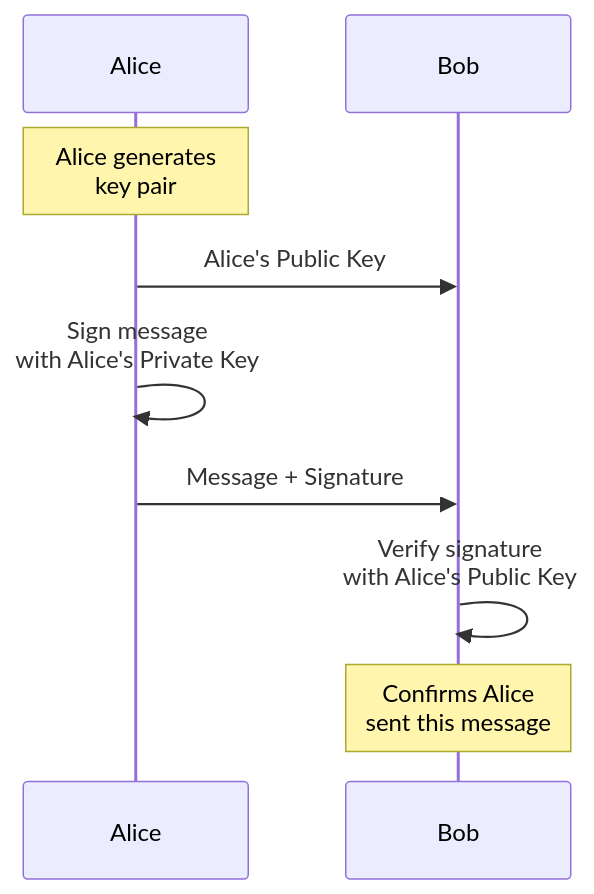
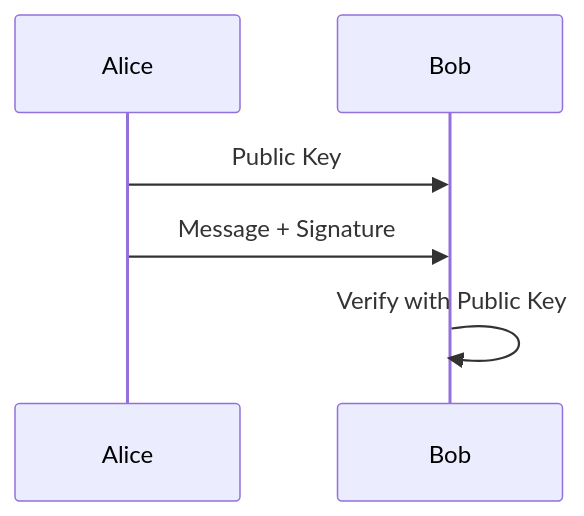
Before and after one commit to kousen/software-design-course: the seventh of 10 diagrams in slides/week-12-spring-ai/slides.md, drawn with Mermaid. The commit also changed other lines of this file, not shown here.

First line of the commit message:
Simplify PKI diagrams to prevent overflow

````diff
--- a/slides/week-12-spring-ai/slides.md
+++ b/slides/week-12-spring-ai/slides.md
@@ -767,12 +771,9 @@
 ```mermaid
 sequenceDiagram
     participant Alice
     participant Bob
 
-    Note over Alice: Alice generates<br/>key pair
-    Alice->>Bob: Alice's Public Key
-    Alice->>Alice: Sign message<br/>with Alice's Private Key
+    Alice->>Bob: Public Key
     Alice->>Bob: Message + Signature
-    Bob->>Bob: Verify signature<br/>with Alice's Public Key
-    Note over Bob: Confirms Alice<br/>sent this message
+    Bob->>Bob: Verify with Public Key
 ```
````
